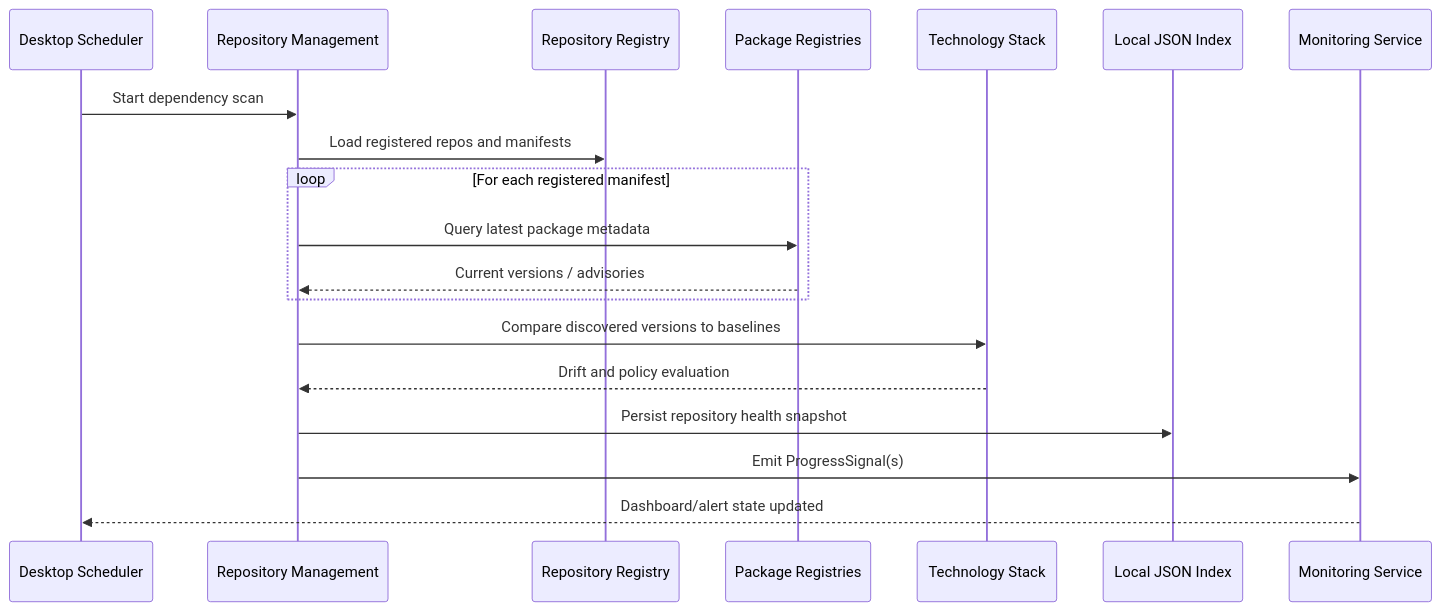
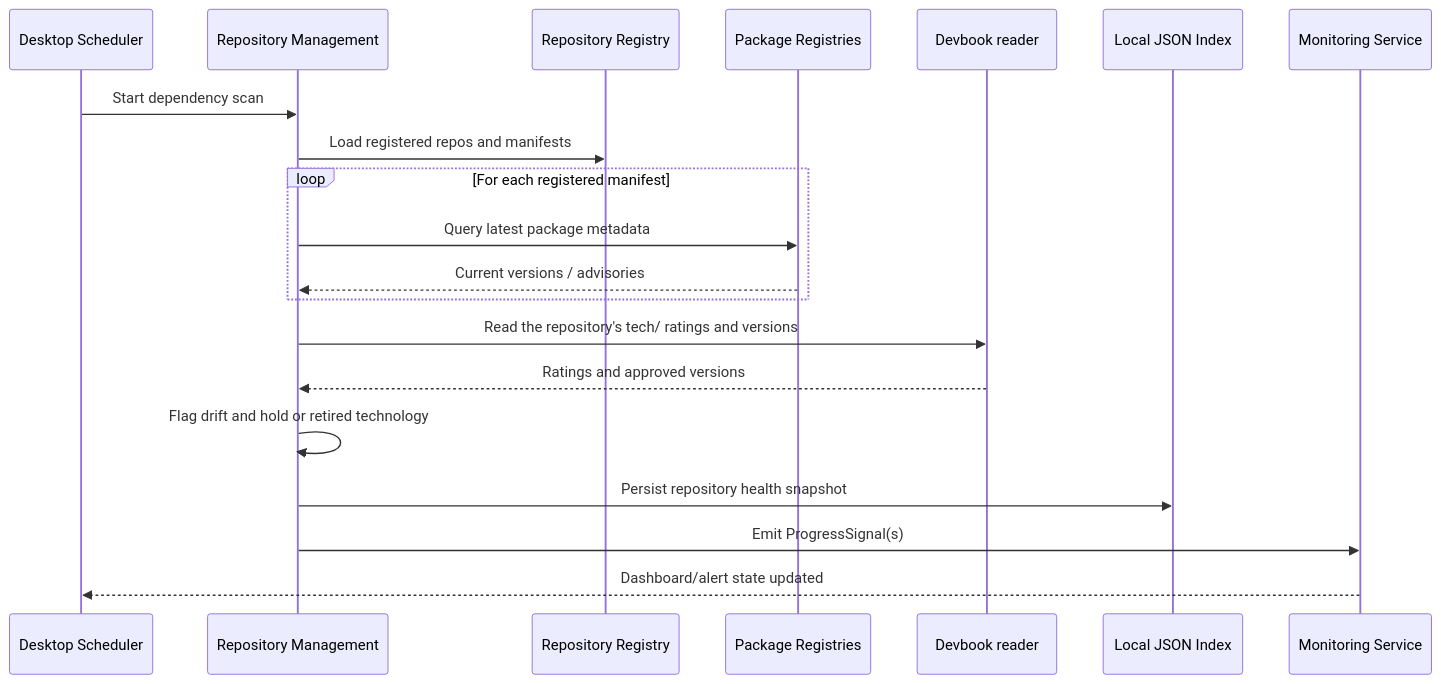
The ninth of 13 diagrams in .devbook/arc42/06-runtime-view.md (JSdotNet/Backlog), drawn with Mermaid before and after one commit. The commit also changed 22 other files, not shown here.

First line of the commit message:
docs(devbook): dissolve the Technology Stack context under ADR 0073

````diff
--- a/.devbook/arc42/06-runtime-view.md
+++ b/.devbook/arc42/06-runtime-view.md
@@ -468,22 +468,23 @@
 ```mermaid
 sequenceDiagram
     participant Scheduler as Desktop Scheduler
     participant RepoMgmt as Repository Management
     participant RepoRegistry as Repository Registry
     participant Pkg as Package Registries
-    participant TechStack as Technology Stack
+    participant Devbook as Devbook reader
     participant Index as Local JSON Index
     participant Monitoring as Monitoring Service
 
     Scheduler->>RepoMgmt: Start dependency scan
     RepoMgmt->>RepoRegistry: Load registered repos and manifests
     loop For each registered manifest
         RepoMgmt->>Pkg: Query latest package metadata
         Pkg-->>RepoMgmt: Current versions / advisories
     end
-    RepoMgmt->>TechStack: Compare discovered versions to baselines
-    TechStack-->>RepoMgmt: Drift and policy evaluation
+    RepoMgmt->>Devbook: Read the repository's tech/ ratings and versions
+    Devbook-->>RepoMgmt: Ratings and approved versions
+    RepoMgmt->>RepoMgmt: Flag drift and hold or retired technology
     RepoMgmt->>Index: Persist repository health snapshot
     RepoMgmt->>Monitoring: Emit ProgressSignal(s)
     Monitoring-->>Scheduler: Dashboard/alert state updated
 ```
````
